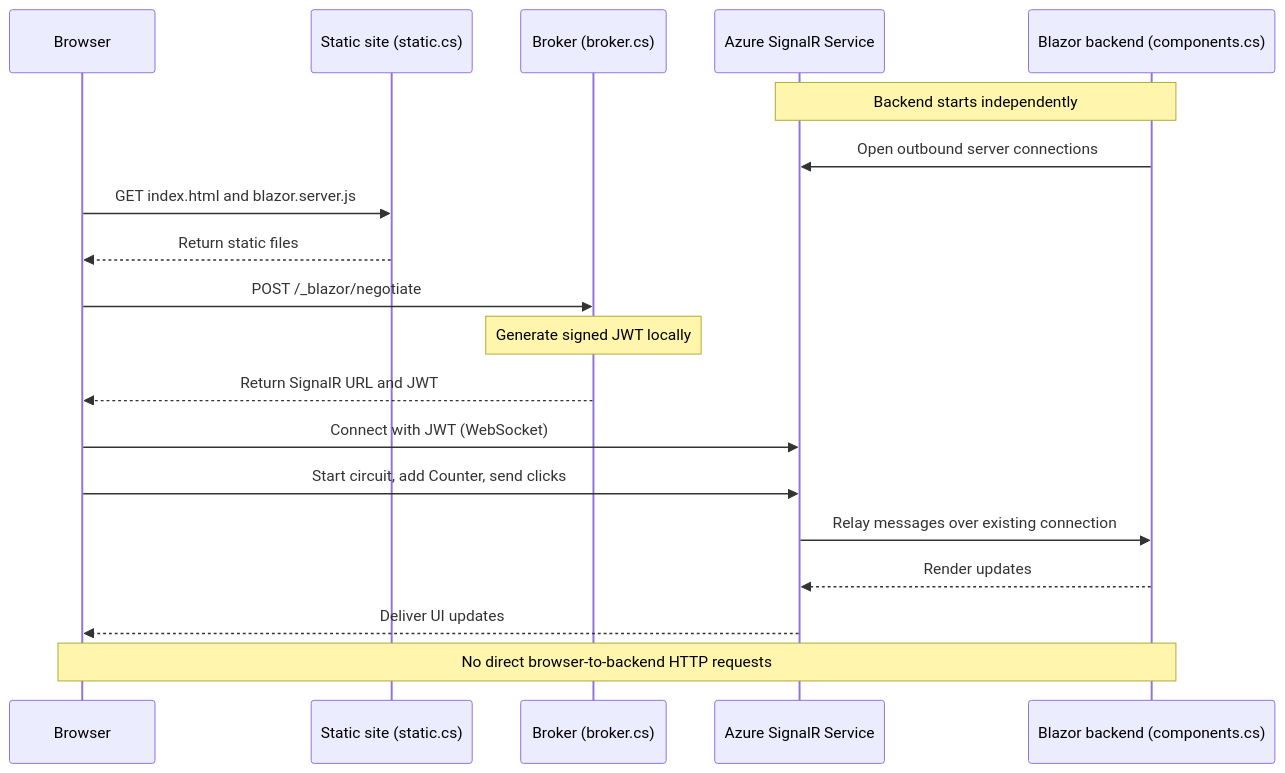
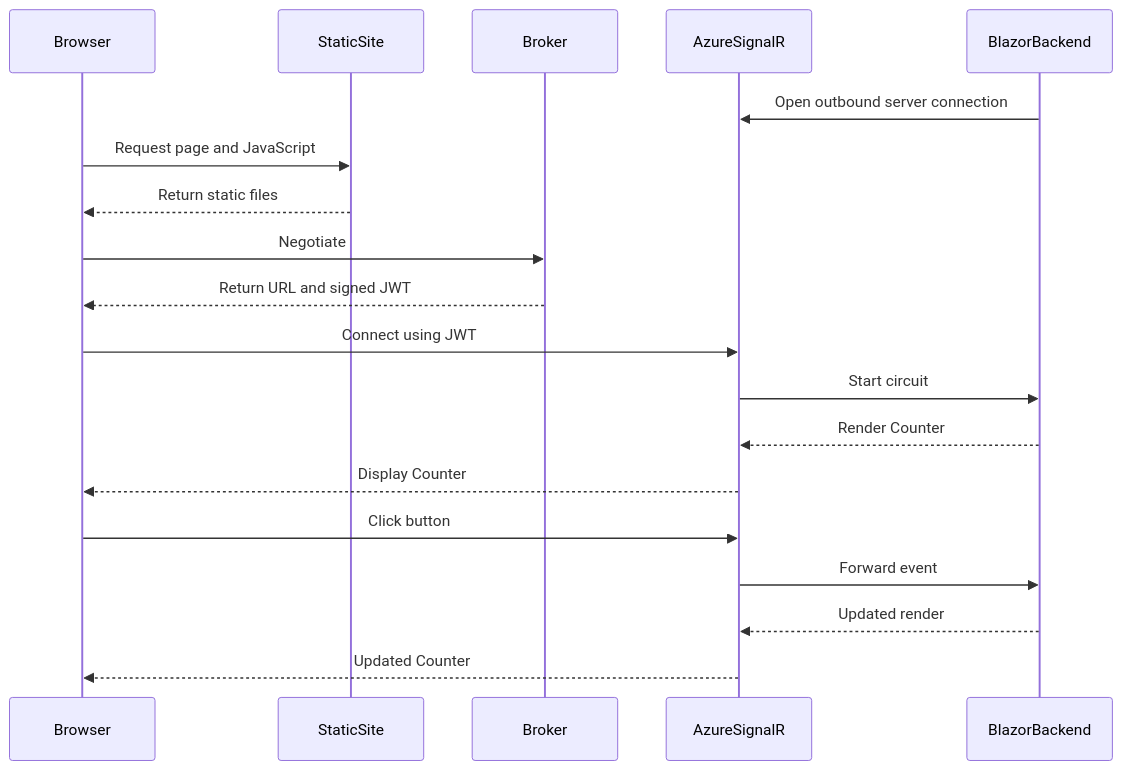
The diagram in PrivateBlazor/readme.md (dav-taylor/Experiments), drawn with Mermaid before and after one commit. The commit also changed other lines of this file, not shown here.

````diff
--- a/PrivateBlazor/readme.md
+++ b/PrivateBlazor/readme.md
@@ -13,24 +13,22 @@
 ```mermaid
 sequenceDiagram
     participant Browser
-    participant Static as Static site (static.cs)
-    participant Broker as Broker (broker.cs)
-    participant SignalR as Azure SignalR Service
-    participant Backend as Blazor backend (components.cs)
+    participant StaticSite
+    participant Broker
+    participant AzureSignalR
+    participant BlazorBackend
 
-    Note over SignalR,Backend: Backend starts independently
-    Backend->>SignalR: Open outbound server connections
-
-    Browser->>Static: GET index.html and blazor.server.js
-    Static-->>Browser: Return static files
-    Browser->>Broker: POST /_blazor/negotiate
-    Note over Broker: Generate signed JWT locally
-    Broker-->>Browser: Return SignalR URL and JWT
-    Browser->>SignalR: Connect with JWT (WebSocket)
-    Browser->>SignalR: Start circuit, add Counter, send clicks
-    SignalR->>Backend: Relay messages over existing connection
-    Backend-->>SignalR: Render updates
-    SignalR-->>Browser: Deliver UI updates
-
-    Note over Browser,Backend: No direct browser-to-backend HTTP requests
+    BlazorBackend->>AzureSignalR: Open outbound server connection
+    Browser->>StaticSite: Request page and JavaScript
+    StaticSite-->>Browser: Return static files
+    Browser->>Broker: Negotiate
+    Broker-->>Browser: Return URL and signed JWT
+    Browser->>AzureSignalR: Connect using JWT
+    AzureSignalR->>BlazorBackend: Start circuit
+    BlazorBackend-->>AzureSignalR: Render Counter
+    AzureSignalR-->>Browser: Display Counter
+    Browser->>AzureSignalR: Click button
+    AzureSignalR->>BlazorBackend: Forward event
+    BlazorBackend-->>AzureSignalR: Updated render
+    AzureSignalR-->>Browser: Updated Counter
 ```
````
